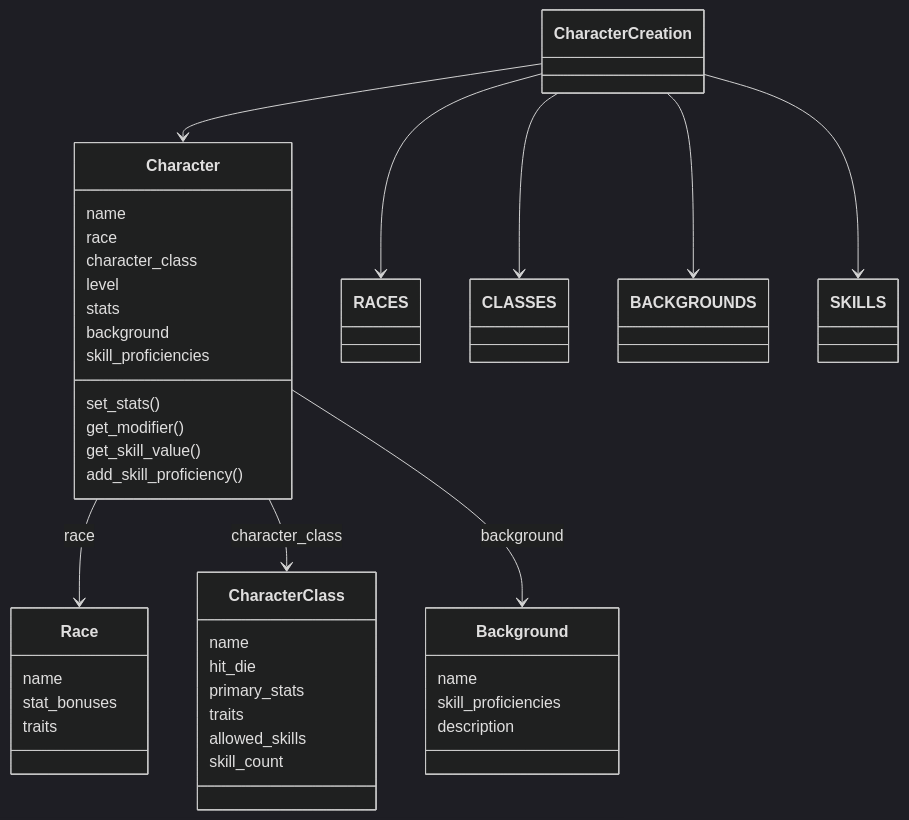
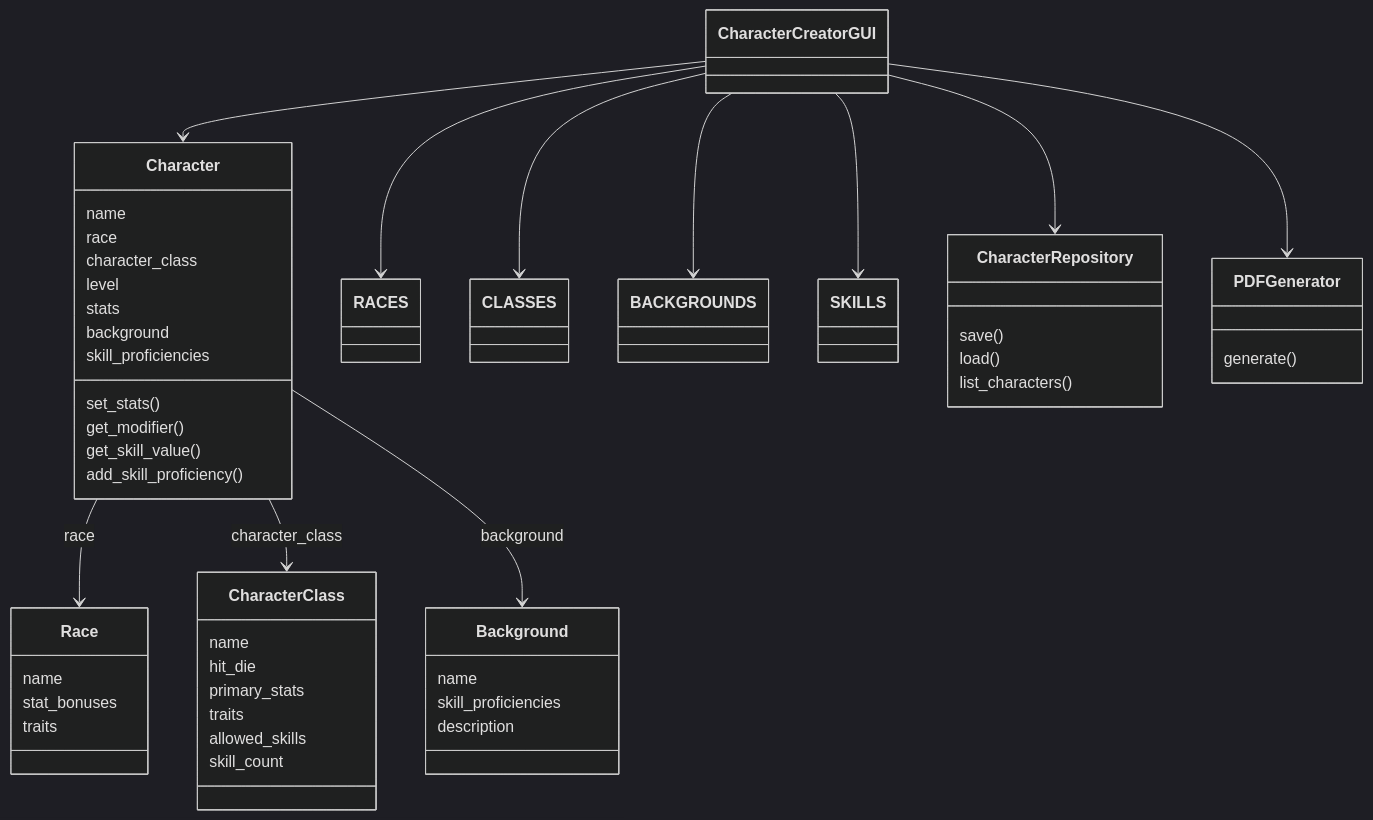
One commit to NeuralWinter/ot-harjoitustyo changed the first of 2 diagrams in dokumentaatio/arkkitehtuuri.md. Above: the diagram before and after it, drawn with Mermaid (dark theme). The commit also changed other lines of this file, not shown here.

````diff
--- a/dokumentaatio/arkkitehtuuri.md
+++ b/dokumentaatio/arkkitehtuuri.md
@@ -27,42 +34,52 @@
 ```mermaid
 classDiagram
-    CharacterCreation --> Character
-    CharacterCreation --> RACES
-    CharacterCreation --> CLASSES
-    CharacterCreation --> BACKGROUNDS
-    CharacterCreation --> SKILLS
+    CharacterCreatorGUI --> Character
+    CharacterCreatorGUI --> RACES
+    CharacterCreatorGUI --> CLASSES
+    CharacterCreatorGUI --> BACKGROUNDS
+    CharacterCreatorGUI --> SKILLS
+    CharacterCreatorGUI --> CharacterRepository
+    CharacterCreatorGUI --> PDFGenerator
     Character --> Race : race
     Character --> CharacterClass : character_class
     Character --> Background : background
     class Character{
         name
         race
         character_class
         level
         stats
         background
         skill_proficiencies
         set_stats()
         get_modifier()
         get_skill_value()
         add_skill_proficiency()
     }
     class Race{
         name
         stat_bonuses
         traits
     }
     class CharacterClass{
         name
         hit_die
         primary_stats
         traits
         allowed_skills
         skill_count
     }
     class Background{
         name
         skill_proficiencies
         description
     }
+    class CharacterRepository{
+        save()
+        load()
+        list_characters()
+    }
+    class PDFGenerator{
+        generate()
+    }
 ```
````
